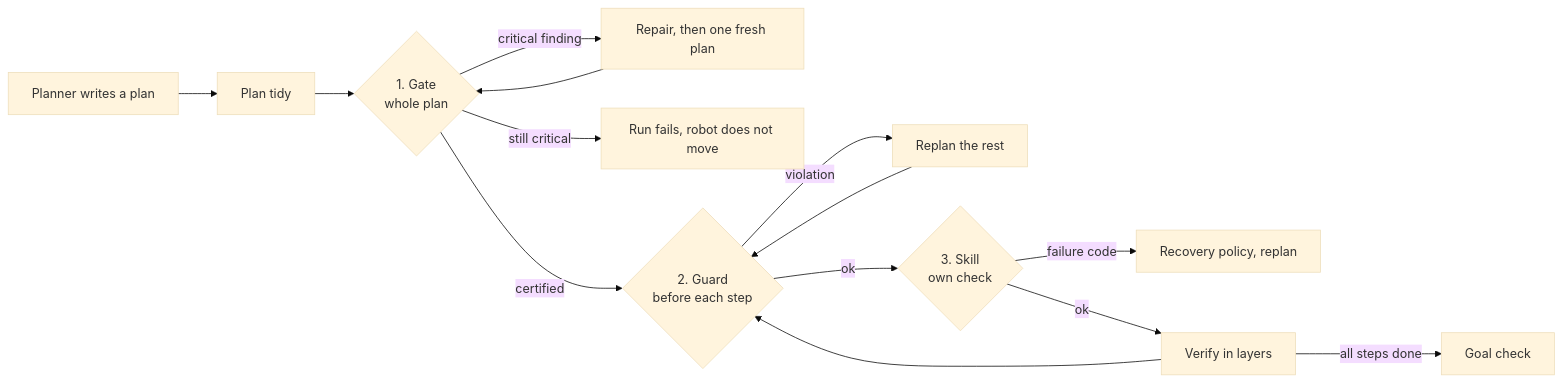
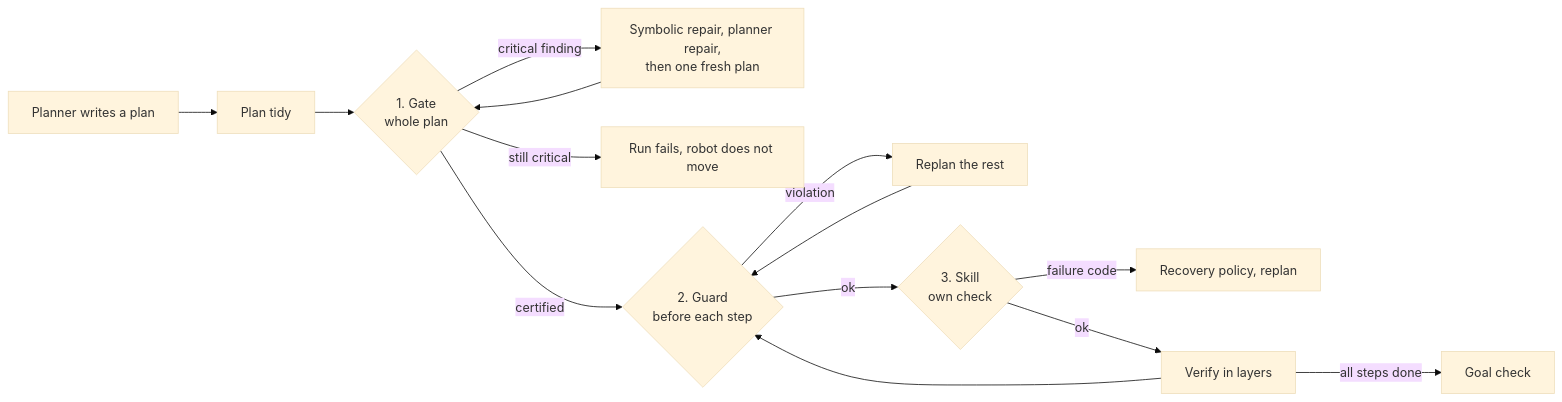
The diagram in website/docs/concepts/checks-before-motion.md (mtbui2010/robot_agent), drawn with Mermaid (base theme) before and after one commit. The commit also changed other lines of this file and 31 other files, not shown here.

````diff
--- a/website/docs/concepts/checks-before-motion.md
+++ b/website/docs/concepts/checks-before-motion.md
@@ -47,16 +47,16 @@
 ```mermaid
 flowchart LR
     P[Planner writes a plan] --> T[Plan tidy]
     T --> G{1. Gate<br/>whole plan}
-    G -- critical finding --> R[Repair, then one fresh plan]
+    G -- critical finding --> R[Symbolic repair, planner repair,<br/>then one fresh plan]
     R --> G
     G -- still critical --> X[Run fails, robot does not move]
     G -- certified --> S1{2. Guard<br/>before each step}
     S1 -- violation --> RP[Replan the rest]
     RP --> S1
     S1 -- ok --> K{3. Skill<br/>own check}
     K -- failure code --> RC[Recovery policy, replan]
     K -- ok --> V[Verify in layers]
     V --> S1
     V -- all steps done --> GC[Goal check]
 ```
````
